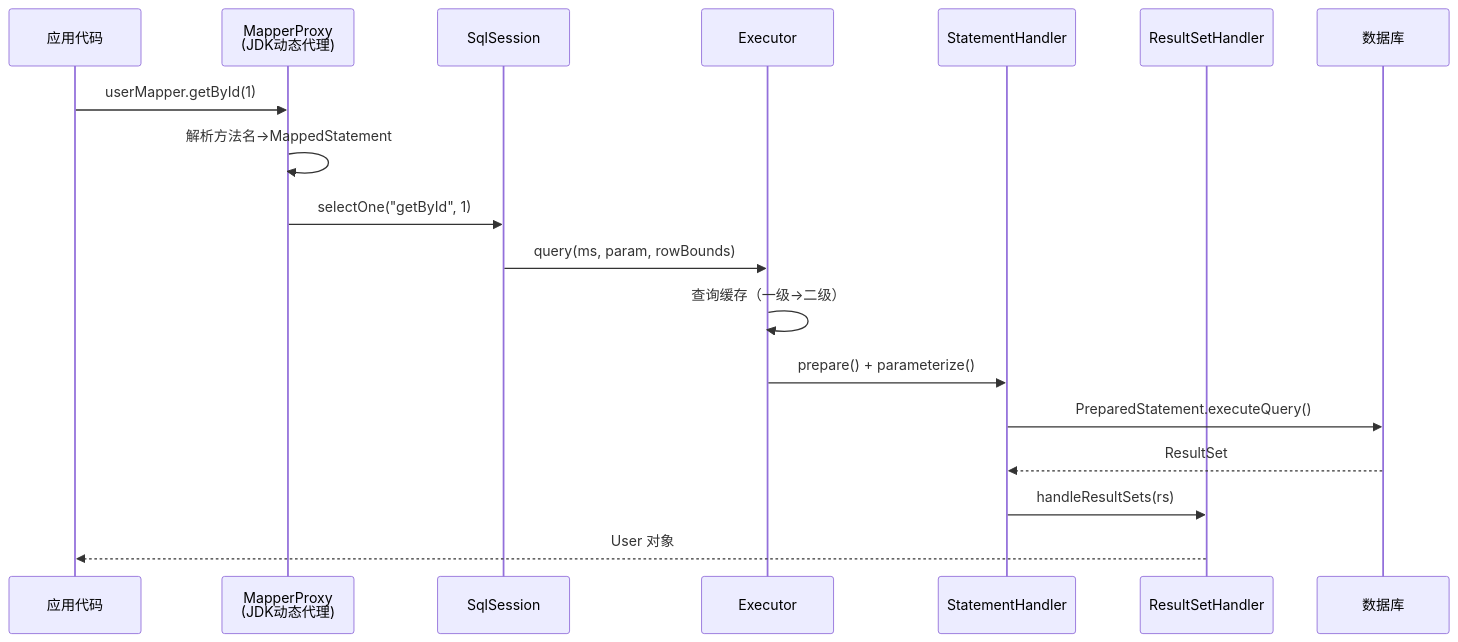
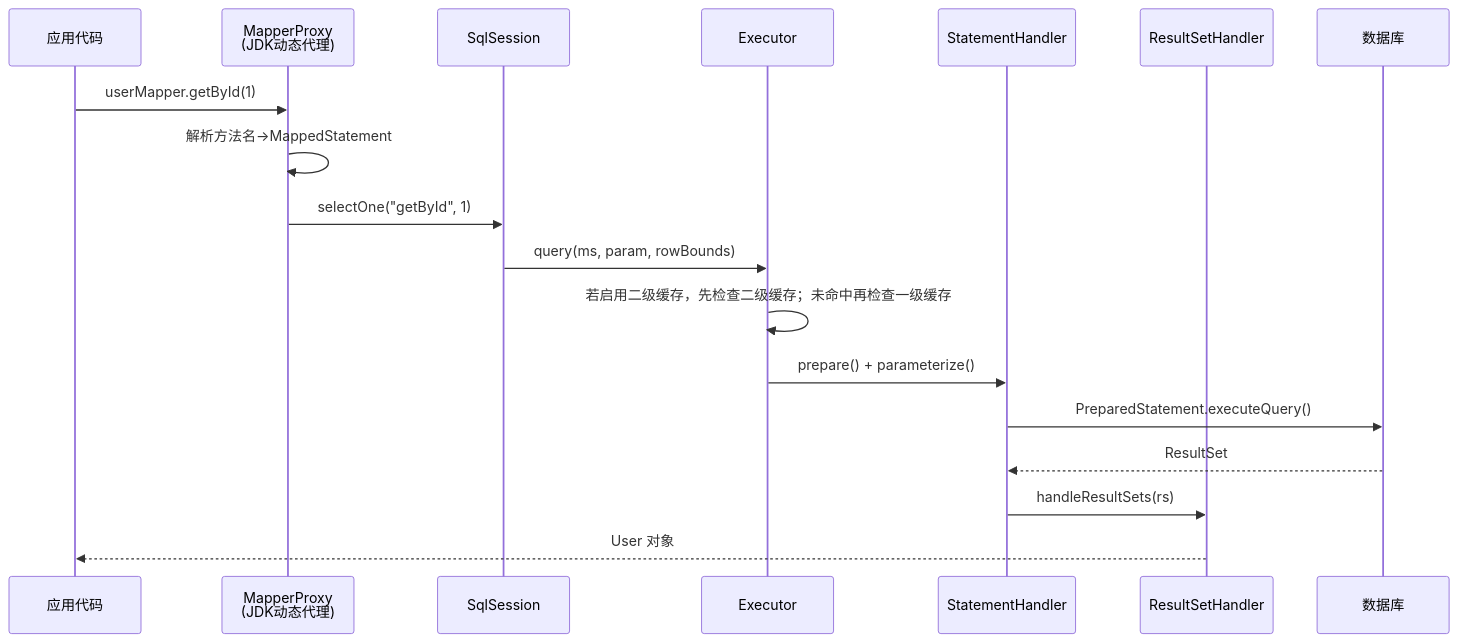
The first of 2 diagrams in docs/java/05-java-data-access/chapter-04-mybatis.md (b1tzer/the-stack), drawn with Mermaid before and after one commit. The commit also changed other lines of this file and 7 other files, not shown here.

````diff
--- a/docs/java/05-java-data-access/chapter-04-mybatis.md
+++ b/docs/java/05-java-data-access/chapter-04-mybatis.md
@@ -72,21 +72,21 @@
 ```mermaid
 sequenceDiagram
     participant App as 应用代码
     participant Proxy as MapperProxy<br/>(JDK动态代理)
     participant Session as SqlSession
     participant Exec as Executor
     participant Stmt as StatementHandler
     participant RS as ResultSetHandler
     participant DB as 数据库
 
     App->>Proxy: userMapper.getById(1)
     Proxy->>Proxy: 解析方法名→MappedStatement
     Proxy->>Session: selectOne("getById", 1)
     Session->>Exec: query(ms, param, rowBounds)
-    Exec->>Exec: 查询缓存（一级→二级）
+    Exec->>Exec: 若启用二级缓存，先检查二级缓存；未命中再检查一级缓存
     Exec->>Stmt: prepare() + parameterize()
     Stmt->>DB: PreparedStatement.executeQuery()
     DB-->>Stmt: ResultSet
     Stmt->>RS: handleResultSets(rs)
     RS-->>App: User 对象
 ```
````
